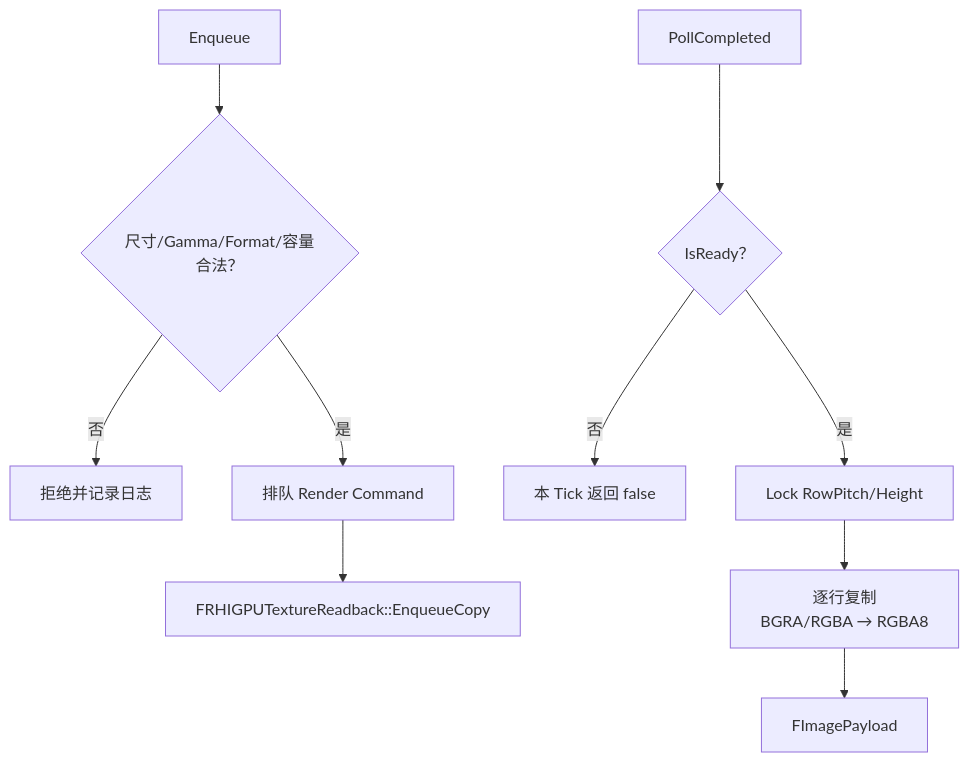
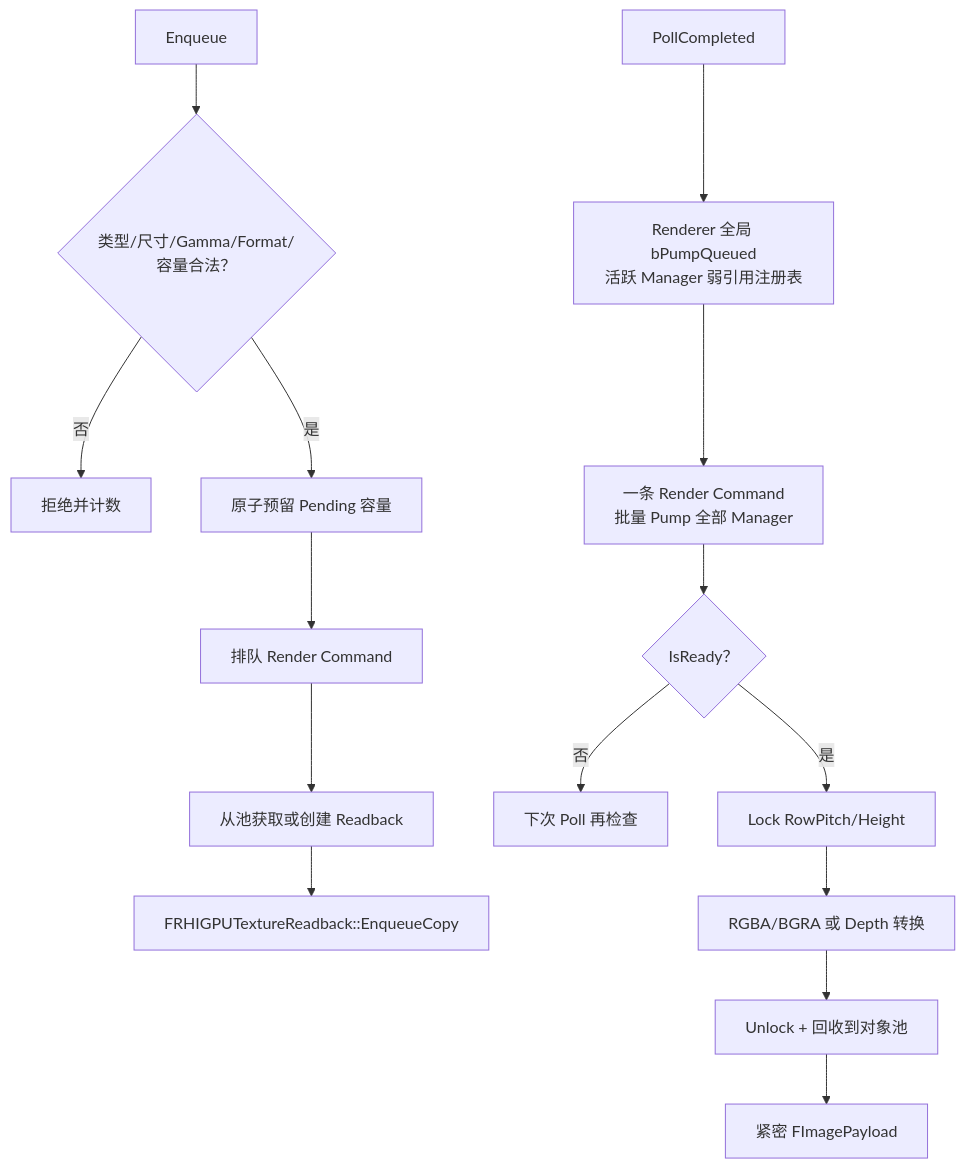
Before and after one commit to IceGodles/SensorSimulation: the fifth of 9 diagrams in Plugins/SensorSimulation/Docs/CurrentArchitecture.md, drawn with Mermaid. The commit also changed other lines of this file and 71 other files, not shown here.

````diff
--- a/Plugins/SensorSimulation/Docs/CurrentArchitecture.md
+++ b/Plugins/SensorSimulation/Docs/CurrentArchitecture.md
@@ -260,19 +448,24 @@
 ```mermaid
 flowchart TD
     Enqueue["Enqueue"]
-    Validate{"尺寸/Gamma/Format/容量合法？"}
+    Validate{"类型/尺寸/Gamma/Format/容量合法？"}
+    Reserve["原子预留 Pending 容量"]
     RT["排队 Render Command"]
+    Acquire["从池获取或创建 Readback"]
     Copy["FRHIGPUTextureReadback::EnqueueCopy"]
     Poll["PollCompleted"]
+    Global["Renderer 全局 bPumpQueued<br/>活跃 Manager 弱引用注册表"]
+    Batch["一条 Render Command<br/>批量 Pump 全部 Manager"]
     Ready{"IsReady？"}
     Lock["Lock RowPitch/Height"]
-    Convert["逐行复制<br/>BGRA/RGBA → RGBA8"]
-    Payload["FImagePayload"]
+    Convert["RGBA/BGRA 或 Depth 转换"]
+    Unlock["Unlock + 回收到对象池"]
+    Payload["紧密 FImagePayload"]
 
     Enqueue --> Validate
-    Validate -->|否| Reject["拒绝并记录日志"]
-    Validate -->|是| RT --> Copy
-    Poll --> Ready
-    Ready -->|否| Wait["本 Tick 返回 false"]
-    Ready -->|是| Lock --> Convert --> Payload
+    Validate -->|否| Reject["拒绝并计数"]
+    Validate -->|是| Reserve --> RT --> Acquire --> Copy
+    Poll --> Global --> Batch --> Ready
+    Ready -->|否| Wait["下次 Poll 再检查"]
+    Ready -->|是| Lock --> Convert --> Unlock --> Payload
 ```
````
